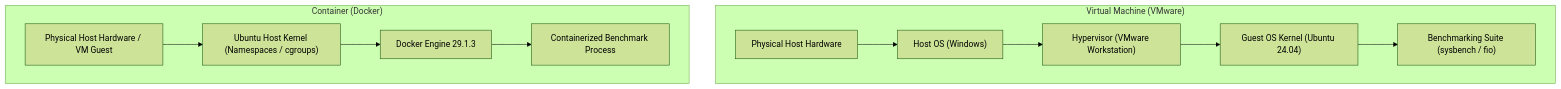
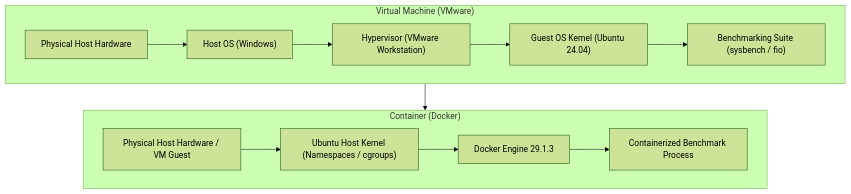
Before and after one commit to omkarmahendrakar420/Cloud_Computing-Performance_Analysis_VM_vs_Containers: the diagram in README.md, drawn with Mermaid (forest theme).

````diff
--- a/README.md
+++ b/README.md
@@ -59,27 +59,29 @@
 ```mermaid
 graph TB
 
     subgraph VM_Architecture["Virtual Machine (VMware)"]
         Hardware1["Physical Host Hardware"]
         HostOS1["Host OS (Windows)"]
         Hypervisor["Hypervisor (VMware Workstation)"]
         GuestOS["Guest OS Kernel (Ubuntu 24.04)"]
         App1["Benchmarking Suite (sysbench / fio)"]
 
         Hardware1 --> HostOS1
         HostOS1 --> Hypervisor
         Hypervisor --> GuestOS
         GuestOS --> App1
     end
 
+    VM_Architecture --> Container_Architecture
+
     subgraph Container_Architecture["Container (Docker)"]
         Hardware2["Physical Host Hardware / VM Guest"]
         HostKernel["Ubuntu Host Kernel (Namespaces / cgroups)"]
         DockerDaemon["Docker Engine 29.1.3"]
         ContainerApp["Containerized Benchmark Process"]
 
         Hardware2 --> HostKernel
         HostKernel --> DockerDaemon
         DockerDaemon --> ContainerApp
     end
 ```
````
